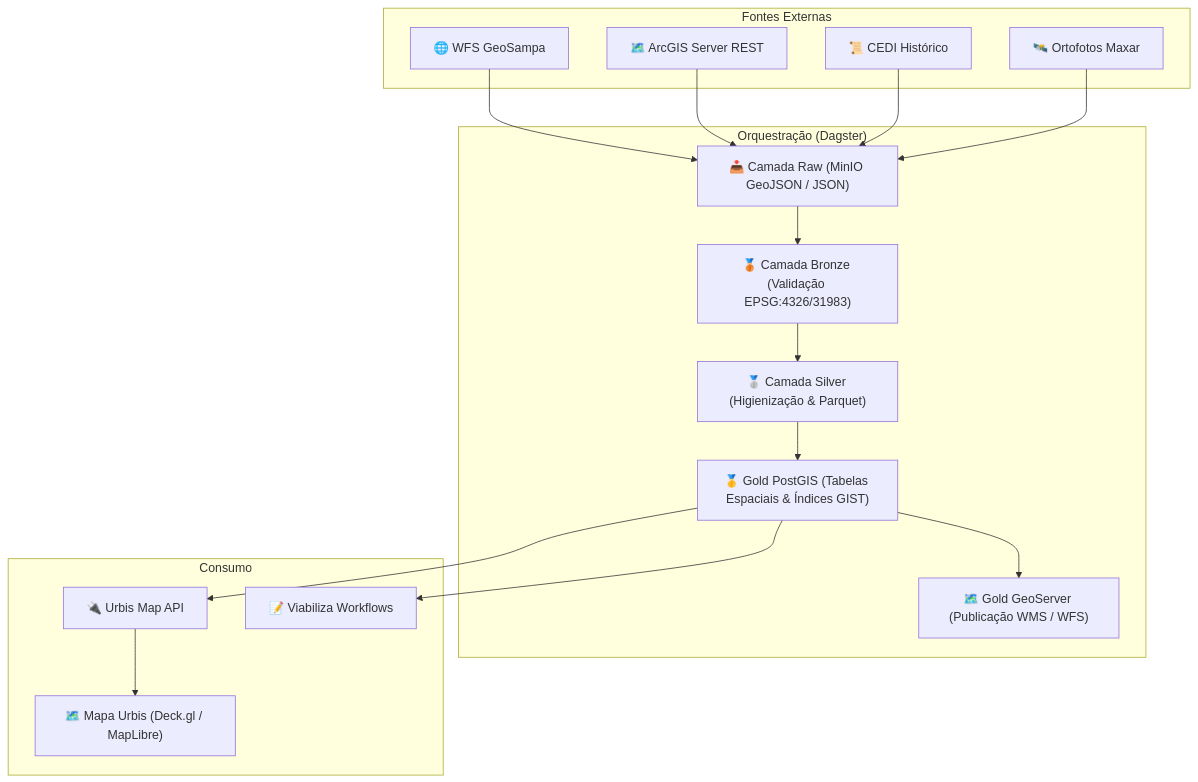
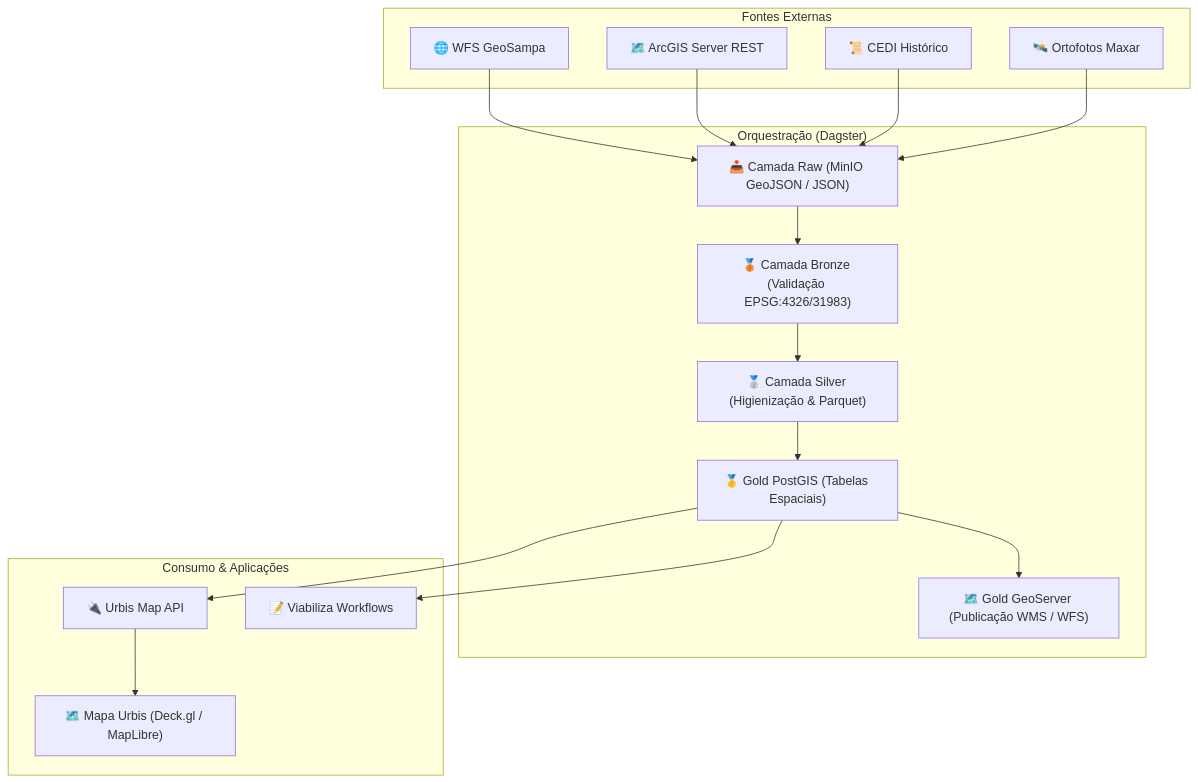
One commit to OpenUrbis/urbis changed the diagram in apps/docs/content/docs/datalake/index.mdx. Above: the diagram before and after it, drawn with Mermaid. The commit also changed 4 other files, not shown here.

Commit message:
docs: format mermaid and documentation pages

````diff
--- a/apps/docs/content/docs/datalake/index.mdx
+++ b/apps/docs/content/docs/datalake/index.mdx
@@ -15,28 +15,37 @@
 ```mermaid
 graph TD
-    subgraph "Fontes Externas"
+    subgraph Fontes["Fontes Externas"]
         WFS["🌐 WFS GeoSampa"]
         ArcGIS["🗺️ ArcGIS Server REST"]
         CEDI["📜 CEDI Histórico"]
         Maxar["🛰️ Ortofotos Maxar"]
     end
 
-    subgraph "Orquestração (Dagster)"
+    subgraph Datalake["Orquestração (Dagster)"]
         Raw["📥 Camada Raw (MinIO GeoJSON / JSON)"]
         Bronze["🥉 Camada Bronze (Validação EPSG:4326/31983)"]
         Silver["🥈 Camada Silver (Higienização & Parquet)"]
-        GoldPG["🥇 Gold PostGIS (Tabelas Espaciais & Índices GIST)"]
+        GoldPG["🥇 Gold PostGIS (Tabelas Espaciais)"]
         GoldGS["🗺️ Gold GeoServer (Publicação WMS / WFS)"]
     end
 
-    subgraph "Consumo"
+    subgraph Consumo["Consumo & Aplicações"]
         Mapa["🗺️ Mapa Urbis (Deck.gl / MapLibre)"]
         API["🔌 Urbis Map API"]
         Viabiliza["📝 Viabiliza Workflows"]
     end
 
-    WFS & ArcGIS & CEDI & Maxar --> Raw
-    Raw --> Bronze --> Silver --> GoldPG --> GoldGS
-    GoldPG --> API --> Mapa
+    WFS --> Raw
+    ArcGIS --> Raw
+    CEDI --> Raw
+    Maxar --> Raw
+
+    Raw --> Bronze
+    Bronze --> Silver
+    Silver --> GoldPG
+    GoldPG --> GoldGS
+
+    GoldPG --> API
+    API --> Mapa
     GoldPG --> Viabiliza
 ```
````
